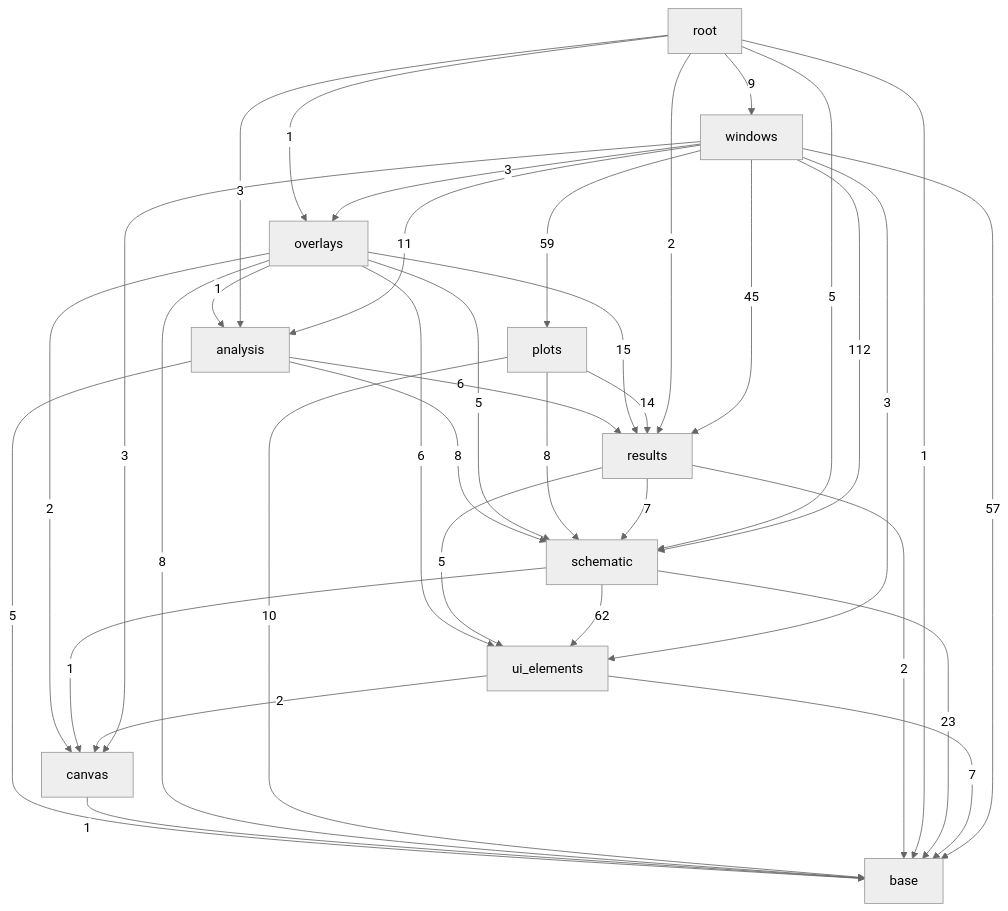
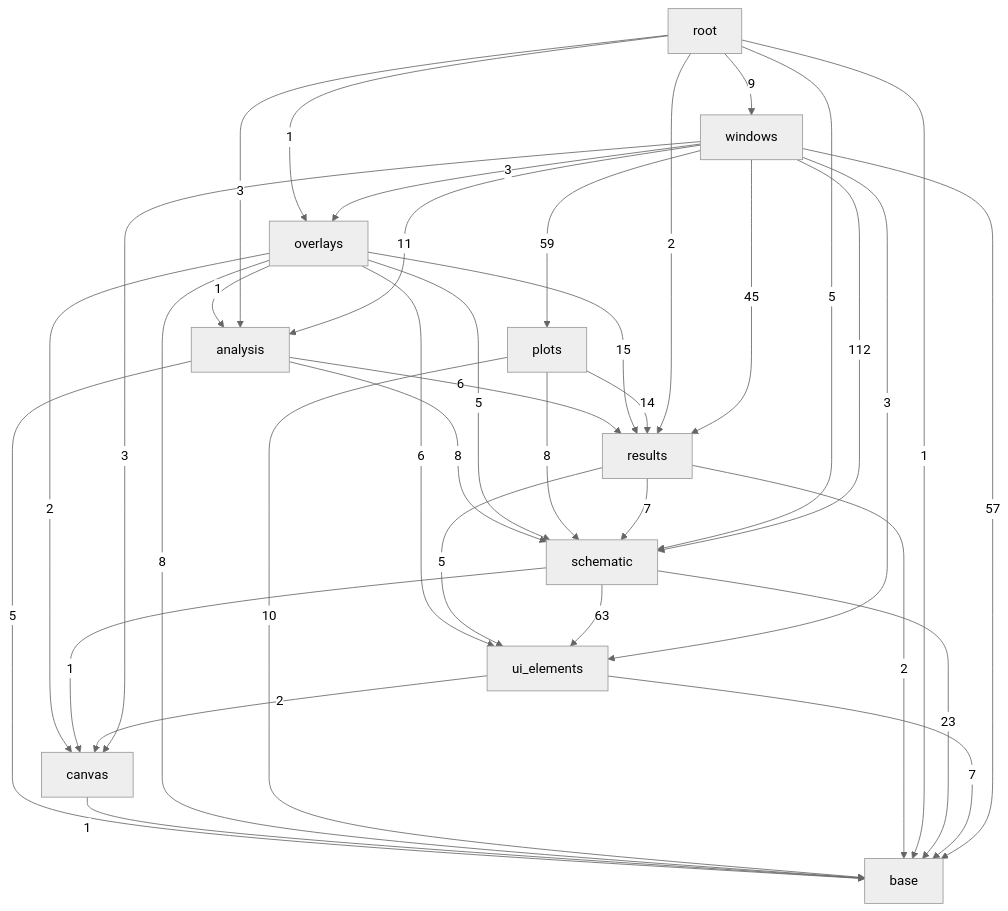
The third of 3 diagrams in docs/architecture.md (ronnymilleo/imcsim), drawn with Mermaid (neutral theme) before and after one commit. The commit also changed other lines of this file and 6 other files, not shown here.

````diff
--- a/docs/architecture.md
+++ b/docs/architecture.md
@@ -56,48 +56,48 @@
 ```mermaid
 flowchart TD
     app_gui_base[base]
     app_gui_canvas[canvas]
     app_gui_ui_elements[ui_elements]
     app_gui_schematic[schematic]
     app_gui_results[results]
     app_gui_analysis[analysis]
     app_gui_plots[plots]
     app_gui_overlays[overlays]
     app_gui_windows[windows]
     app_gui_root[root]
     app_gui_analysis -->|5| app_gui_base
     app_gui_analysis -->|6| app_gui_results
     app_gui_analysis -->|8| app_gui_schematic
     app_gui_canvas -->|1| app_gui_base
     app_gui_overlays -->|1| app_gui_analysis
     app_gui_overlays -->|8| app_gui_base
     app_gui_overlays -->|2| app_gui_canvas
     app_gui_overlays -->|15| app_gui_results
     app_gui_overlays -->|5| app_gui_schematic
     app_gui_overlays -->|6| app_gui_ui_elements
     app_gui_plots -->|10| app_gui_base
     app_gui_plots -->|14| app_gui_results
     app_gui_plots -->|8| app_gui_schematic
     app_gui_results -->|2| app_gui_base
     app_gui_results -->|7| app_gui_schematic
     app_gui_results -->|5| app_gui_ui_elements
     app_gui_root -->|3| app_gui_analysis
     app_gui_root -->|1| app_gui_base
     app_gui_root -->|1| app_gui_overlays
     app_gui_root -->|2| app_gui_results
     app_gui_root -->|5| app_gui_schematic
     app_gui_root -->|9| app_gui_windows
     app_gui_schematic -->|23| app_gui_base
     app_gui_schematic -->|1| app_gui_canvas
-    app_gui_schematic -->|62| app_gui_ui_elements
+    app_gui_schematic -->|63| app_gui_ui_elements
     app_gui_ui_elements -->|7| app_gui_base
     app_gui_ui_elements -->|2| app_gui_canvas
     app_gui_windows -->|11| app_gui_analysis
     app_gui_windows -->|57| app_gui_base
     app_gui_windows -->|3| app_gui_canvas
     app_gui_windows -->|3| app_gui_overlays
     app_gui_windows -->|59| app_gui_plots
     app_gui_windows -->|45| app_gui_results
     app_gui_windows -->|112| app_gui_schematic
     app_gui_windows -->|3| app_gui_ui_elements
 ```
````
